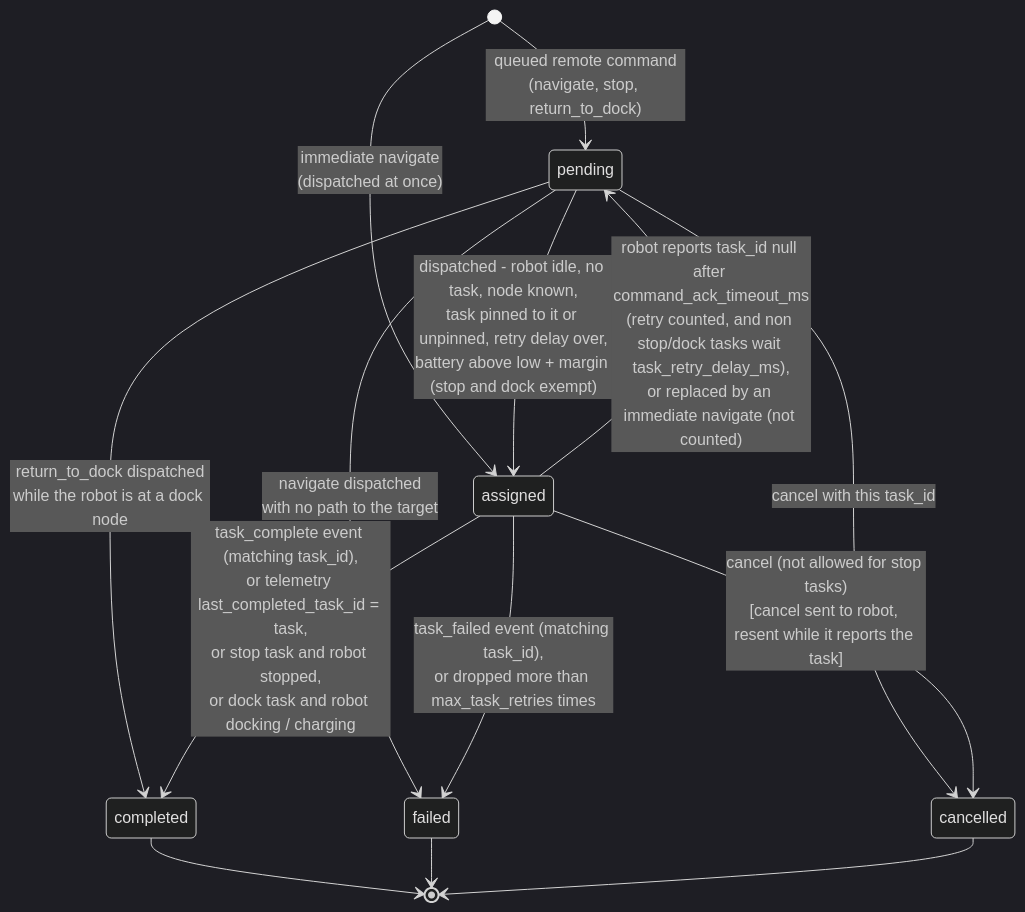
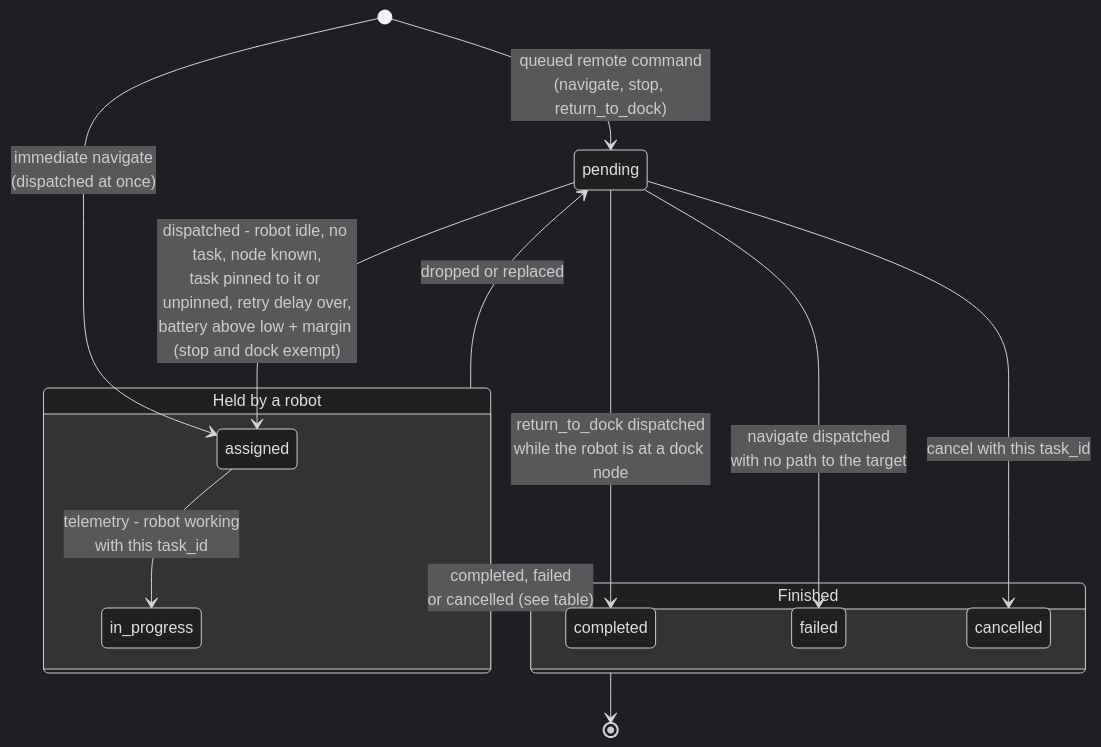
One commit to Ca1eb9/verdant-os changed the second of 3 diagrams in farm-controller/orchestrator/docs/state-machine.md. Above: the diagram before and after it, drawn with Mermaid (dark theme). The commit also changed other lines of this file and 1 other file, not shown here.

Commit message:
Mark tasks in_progress when the robot reports working on them

````diff
--- a/farm-controller/orchestrator/docs/state-machine.md
+++ b/farm-controller/orchestrator/docs/state-machine.md
@@ -68,19 +68,24 @@
 ```mermaid
 stateDiagram-v2
     [*] --> pending : queued remote command<br/>(navigate, stop, return_to_dock)
     [*] --> assigned : immediate navigate<br/>(dispatched at once)
 
     pending --> assigned : dispatched - robot idle, no task, node known,<br/>task pinned to it or unpinned, retry delay over,<br/>battery above low + margin (stop and dock exempt)
     pending --> completed : return_to_dock dispatched<br/>while the robot is at a dock node
     pending --> failed : navigate dispatched<br/>with no path to the target
     pending --> cancelled : cancel with this task_id
 
-    assigned --> completed : task_complete event (matching task_id),<br/>or telemetry last_completed_task_id = task,<br/>or stop task and robot stopped,<br/>or dock task and robot docking / charging
-    assigned --> failed : task_failed event (matching task_id),<br/>or dropped more than max_task_retries times
-    assigned --> pending : robot reports task_id null after command_ack_timeout_ms<br/>(retry counted, and non stop/dock tasks wait task_retry_delay_ms),<br/>or replaced by an immediate navigate (not counted)
-    assigned --> cancelled : cancel (not allowed for stop tasks)<br/>[cancel sent to robot, resent while it reports the task]
+    state "Held by a robot" as Held {
+        assigned --> in_progress : telemetry - robot working<br/>with this task_id
+    }
 
-    completed --> [*]
-    failed --> [*]
-    cancelled --> [*]
+    Held --> pending : dropped or replaced
+    Held --> Finished : completed, failed<br/>or cancelled (see table)
+
+    state "Finished" as Finished {
+        completed
+        failed
+        cancelled
+    }
+    Finished --> [*]
 ```
````
